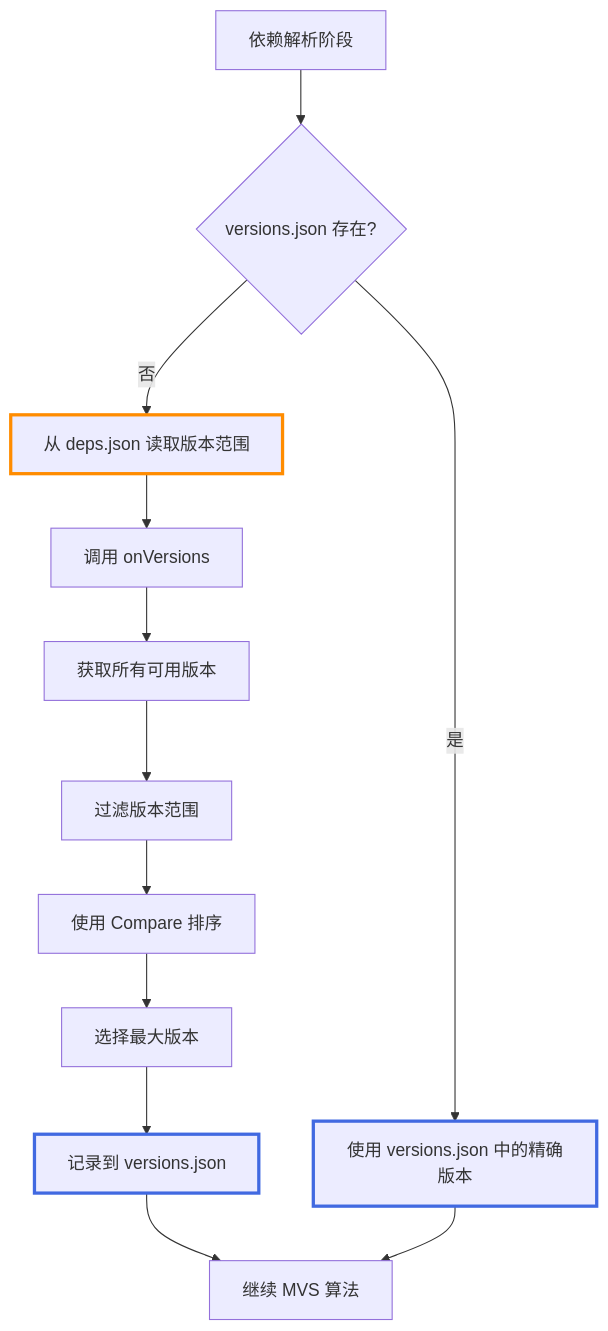
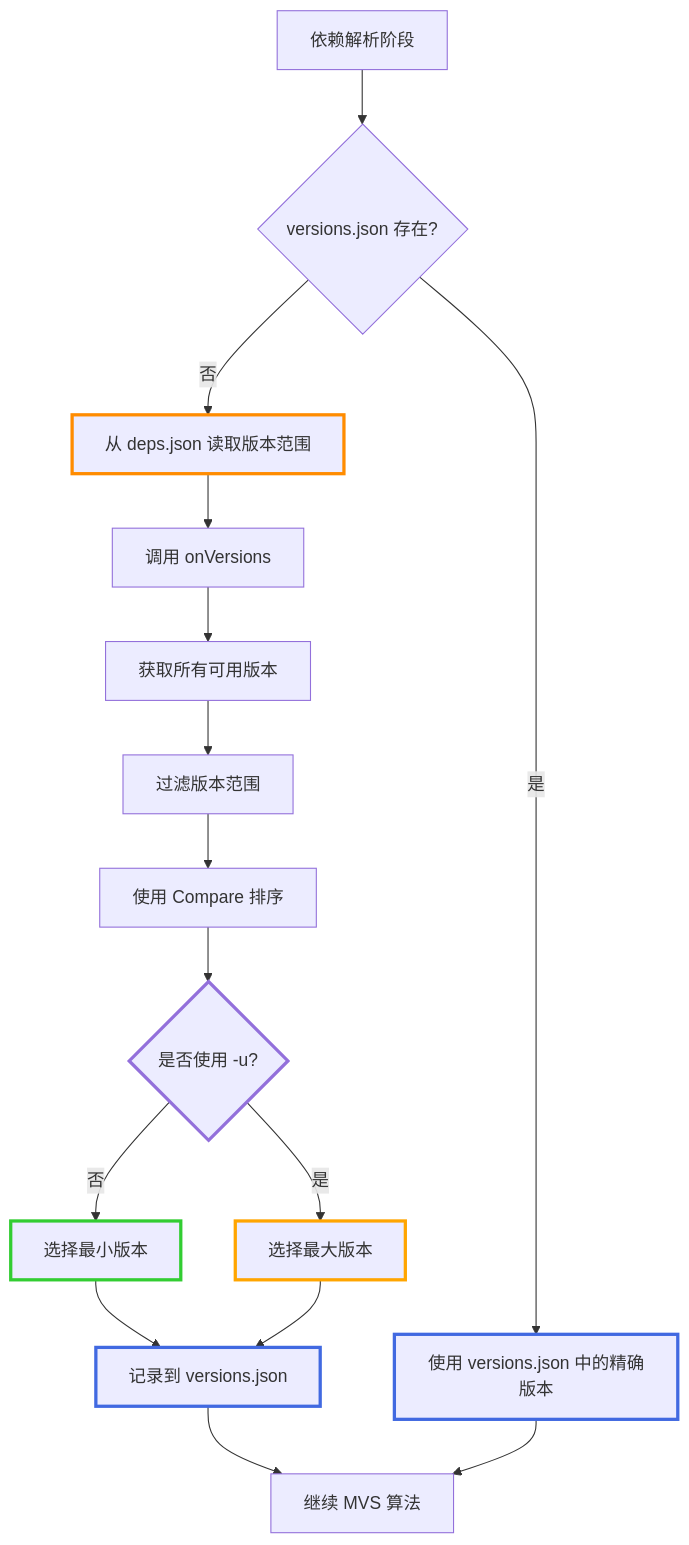
The fifth of 7 diagrams in docs/version-range-design.md (goplus/llar), drawn with Mermaid before and after one commit. The commit also changed other lines of this file and 4 other files, not shown here.

````diff
--- a/docs/version-range-design.md
+++ b/docs/version-range-design.md
@@ -389,18 +420,24 @@
 ```mermaid
 graph TD
 A["依赖解析阶段"] --> B{"versions.json 存在?"}
 B -- "否" --> C["从 deps.json 读取版本范围"]
 B -- "是" --> D["使用 versions.json 中的精确版本"]
 C --> E["调用 onVersions"]
 E --> F["获取所有可用版本"]
 F --> G["过滤版本范围"]
 G --> H["使用 Compare 排序"]
-H --> I["选择最大版本"]
-I --> J["记录到 versions.json"]
-J --> K["继续 MVS 算法"]
-D --> K
+H --> I{"是否使用 -u?"}
+I -- "否" --> J["选择最小版本"]
+I -- "是" --> K["选择最大版本"]
+J --> L["记录到 versions.json"]
+K --> L
+L --> M["继续 MVS 算法"]
+D --> M
 
 style C stroke:#FF8C00,stroke-width:3px
 style D stroke:#4169E1,stroke-width:3px
-style J stroke:#4169E1,stroke-width:3px
+style I stroke:#9370DB,stroke-width:3px
+style J stroke:#32CD32,stroke-width:3px
+style K stroke:#FFA500,stroke-width:3px
+style L stroke:#4169E1,stroke-width:3px
 ```
````
